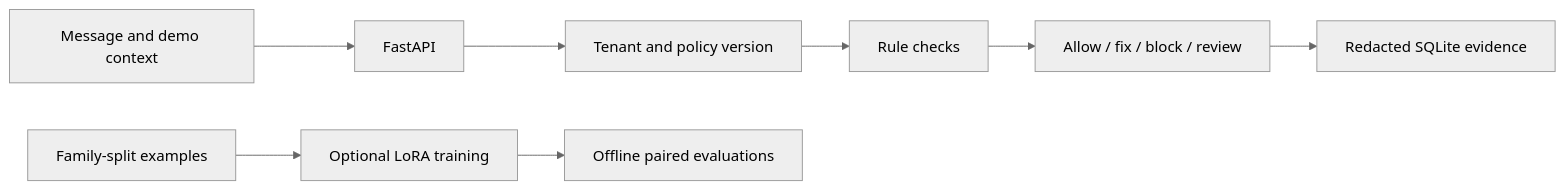
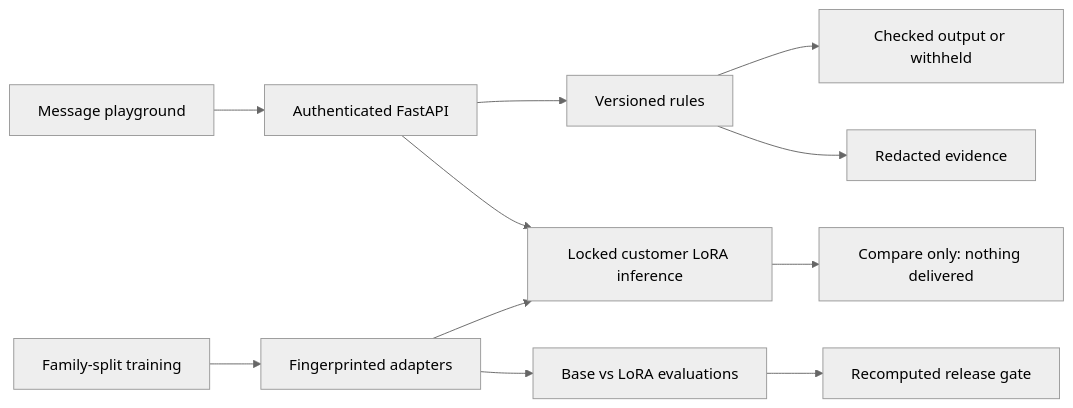
Before and after one commit to ShrutiVan17/policy-switchboard: the diagram in README.md, drawn with Mermaid (neutral theme). The commit also changed other lines of this file and 31 other files, not shown here.

Commit message:
Add real customer LoRA experiments, batched evals and fail-closed shadow serving

````diff
--- a/README.md
+++ b/README.md
@@ -85,10 +94,13 @@
 ```mermaid
 flowchart LR
-  UI[Message and demo context] --> API[FastAPI]
-  API --> AUTH[Tenant and policy version]
-  AUTH --> RULES[Rule checks]
-  RULES --> RESULT[Allow / fix / block / review]
-  RESULT --> LOG[Redacted SQLite evidence]
-  DATA[Family-split examples] --> LORA[Optional LoRA training]
-  LORA --> EVAL[Offline paired evaluations]
+  UI[Message playground] --> API[Authenticated FastAPI]
+  API --> RULES[Versioned rules]
+  RULES --> DELIVERY[Checked output or withheld]
+  RULES --> AUDIT[Redacted evidence]
+  API --> SHADOW[Locked customer LoRA inference]
+  SHADOW --> COMPARE[Compare only: nothing delivered]
+  TRAIN[Family-split training] --> WEIGHTS[Fingerprinted adapters]
+  WEIGHTS --> SHADOW
+  WEIGHTS --> EVAL[Base vs LoRA evaluations]
+  EVAL --> GATE[Recomputed release gate]
 ```
````
